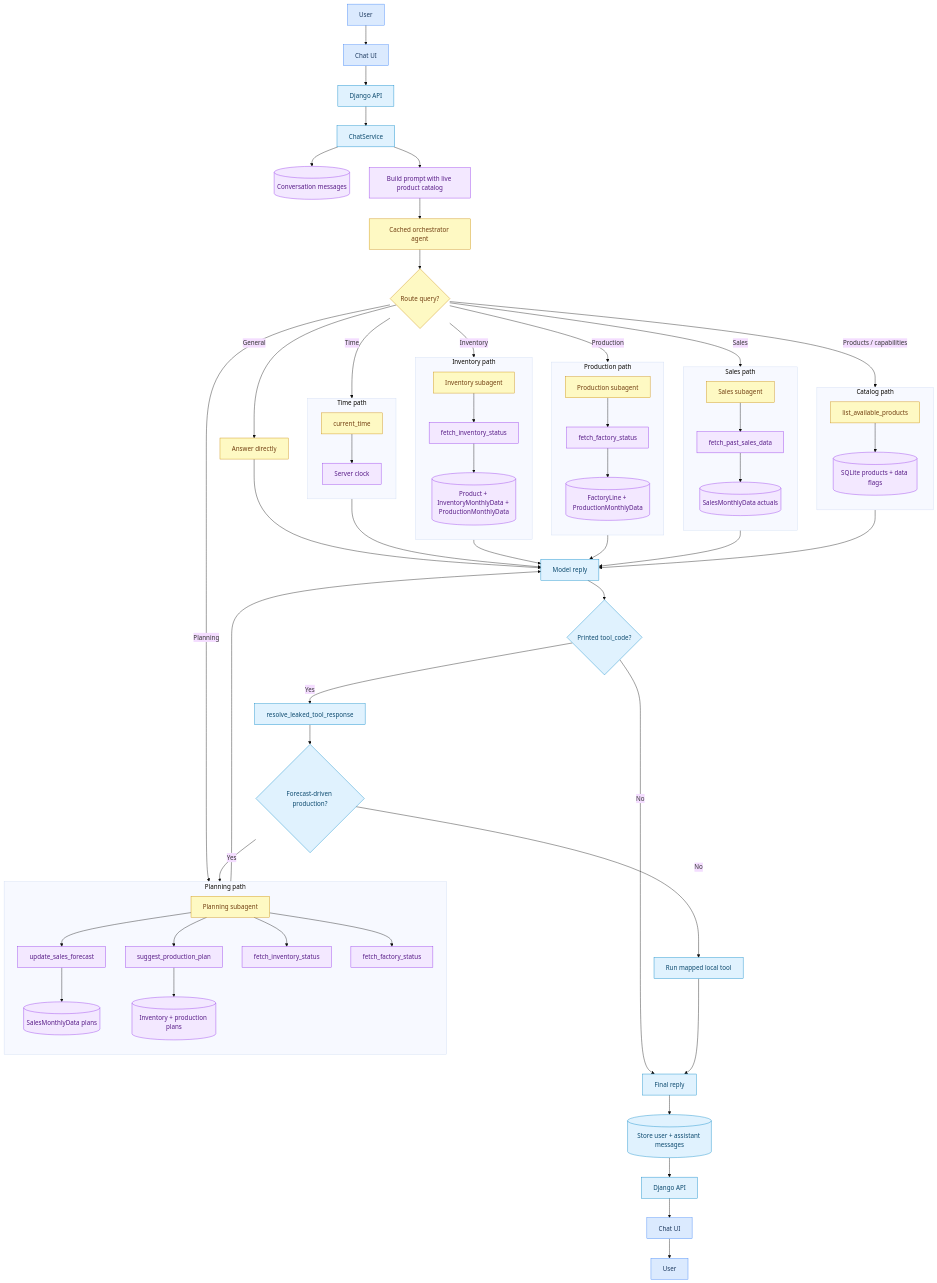
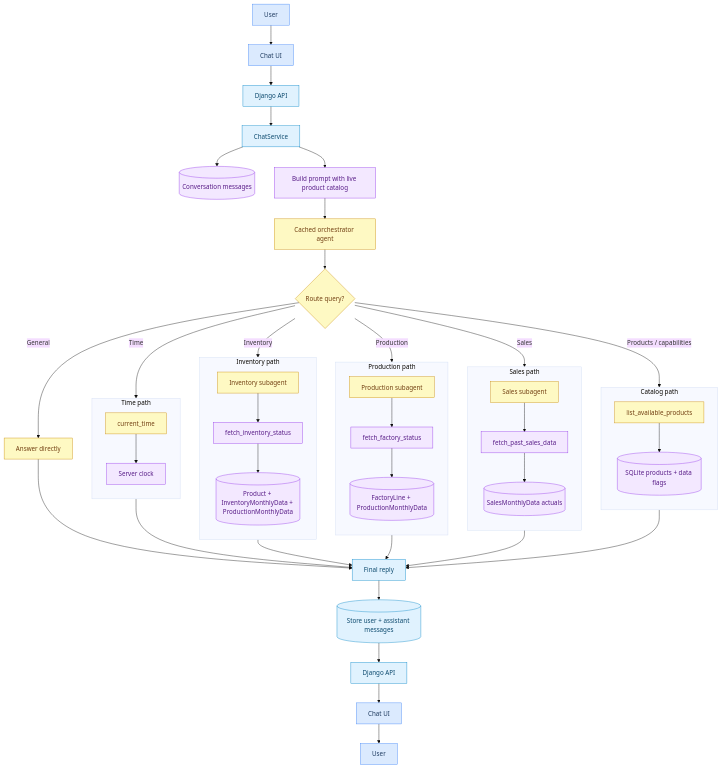
Before and after one commit to kskdmn/strands-test: the diagram in README.md, drawn with Mermaid (base theme). The commit also changed other lines of this file and 10 other files, not shown here.

Commit message:
Simplify the flow

````diff
--- a/README.md
+++ b/README.md
@@ -49,14 +46,6 @@
         IA[Inventory subagent] --> IT[fetch_inventory_status] --> IDB[(Product + InventoryMonthlyData + ProductionMonthlyData)]
     end
 
-    subgraph PlanPath["Planning path"]
-        direction TB
-        PLA[Planning subagent] --> UF[update_sales_forecast] --> FDB[(SalesMonthlyData plans)]
-        PLA --> SP[suggest_production_plan] --> PDB2[(Inventory + production plans)]
-        PLA --> PI[fetch_inventory_status]
-        PLA --> PF[fetch_factory_status]
-    end
-
     subgraph TimePath["Time path"]
         direction TB
         CT[current_time] --> Clock[Server clock]
@@ -66,24 +55,14 @@
     Route -->|Sales| SA
     Route -->|Production| PA
     Route -->|Inventory| IA
-    Route -->|Planning| PLA
     Route -->|Time| CT
 
-    Direct --> Raw[Model reply]
-    CP --> Raw
-    SA --> Raw
-    PA --> Raw
-    IA --> Raw
-    PLA --> Raw
-    CT --> Raw
-
-    Raw --> Leak{Printed tool_code?}
-    Leak -->|No| Reply[Final reply]
-    Leak -->|Yes| Fallback[resolve_leaked_tool_response]
-    Fallback --> Redirect{Forecast-driven production?}
-    Redirect -->|Yes| PLA
-    Redirect -->|No| FallbackTool[Run mapped local tool]
-    FallbackTool --> Reply
+    Direct --> Reply[Final reply]
+    CP --> Reply
+    SA --> Reply
+    PA --> Reply
+    IA --> Reply
+    CT --> Reply
 
     Reply --> Save[(Store user + assistant messages)]
     Save --> RespAPI[Django API]
@@ -96,7 +75,7 @@
     classDef data fill:#f3e8ff,stroke:#9333ea,color:#581c87
 
     class User,UI,RespUI,UserOut client
-    class API,Service,RespAPI,Reply,Raw,Leak,Fallback,Redirect,FallbackTool,Save server
-    class Orch,Route,Direct,SA,PA,IA,PLA,CT,CP agent
-    class ST,PT,IT,UF,SP,PI,PF,SDB,PDB,PDB2,IDB,FDB,CDB,Clock,History,Prompt data
+    class API,Service,RespAPI,Reply,Save server
+    class Orch,Route,Direct,SA,PA,IA,CT,CP agent
+    class ST,PT,IT,SDB,PDB,IDB,CDB,Clock,History,Prompt data
 ```
````
